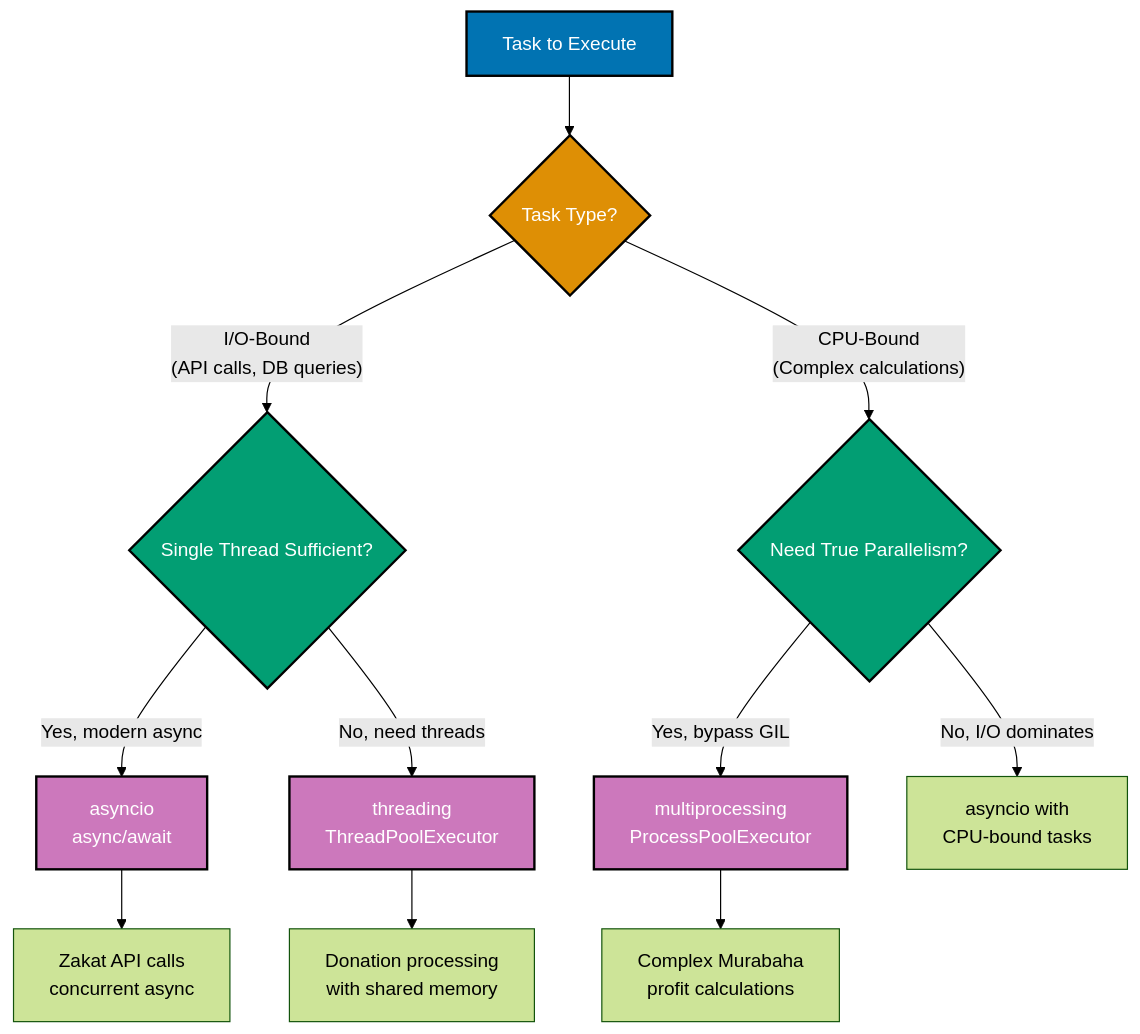
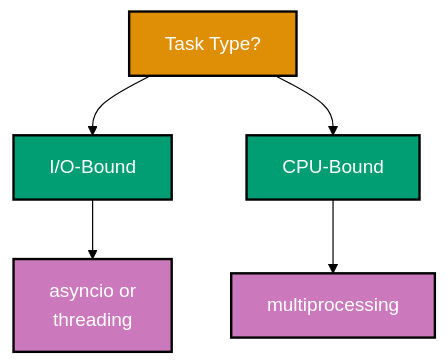
The fifth of 8 diagrams in docs/explanation/software-engineering/programming-languages/python/concurrency-and-parallelism.md (wahidyankf/ose-primer), drawn with Mermaid (forest theme) before and after one commit. The commit also changed other lines of this file and 12 other files, not shown here.

Commit message:
fix(docs): fix mermaid violations in python/ docs (batch 2/10)

````diff
--- a/docs/explanation/software-engineering/programming-languages/python/concurrency-and-parallelism.md
+++ b/docs/explanation/software-engineering/programming-languages/python/concurrency-and-parallelism.md
@@ -437,25 +415,14 @@
 ```mermaid
 %% Color Palette: Blue #0173B2, Orange #DE8F05, Teal #029E73, Purple #CC78BC
 graph TD
-  A[Task to Execute] --> B{Task Type?}
-  B -->|I/O-Bound<br/>#40;API calls, DB queries#41;| C{Single Thread Sufficient?}
-  B -->|CPU-Bound<br/>#40;Complex calculations#41;| D{Need True Parallelism?}
+  A[Task Type?] --> B[I/O-Bound]
+  A --> C[CPU-Bound]
+  B --> D[asyncio or<br/>threading]
+  C --> E[multiprocessing]
 
-  C -->|Yes, modern async| E[asyncio<br/>async/await]
-  C -->|No, need threads| F[threading<br/>ThreadPoolExecutor]
-
-  D -->|Yes, bypass GIL| G[multiprocessing<br/>ProcessPoolExecutor]
-  D -->|No, I/O dominates| H[asyncio with<br/>CPU-bound tasks]
-
-  E --> I[Zakat API calls<br/>concurrent async]
-  F --> J[Donation processing<br/>with shared memory]
-  G --> K[Complex Murabaha<br/>profit calculations]
-
-  style A fill:#0173B2,stroke:#000,color:#fff,stroke-width:2px
-  style B fill:#DE8F05,stroke:#000,color:#fff,stroke-width:2px
+  style A fill:#DE8F05,stroke:#000,color:#fff,stroke-width:2px
+  style B fill:#029E73,stroke:#000,color:#fff,stroke-width:2px
   style C fill:#029E73,stroke:#000,color:#fff,stroke-width:2px
-  style D fill:#029E73,stroke:#000,color:#fff,stroke-width:2px
+  style D fill:#CC78BC,stroke:#000,color:#fff,stroke-width:2px
   style E fill:#CC78BC,stroke:#000,color:#fff,stroke-width:2px
-  style F fill:#CC78BC,stroke:#000,color:#fff,stroke-width:2px
-  style G fill:#CC78BC,stroke:#000,color:#fff,stroke-width:2px
 ```
````
